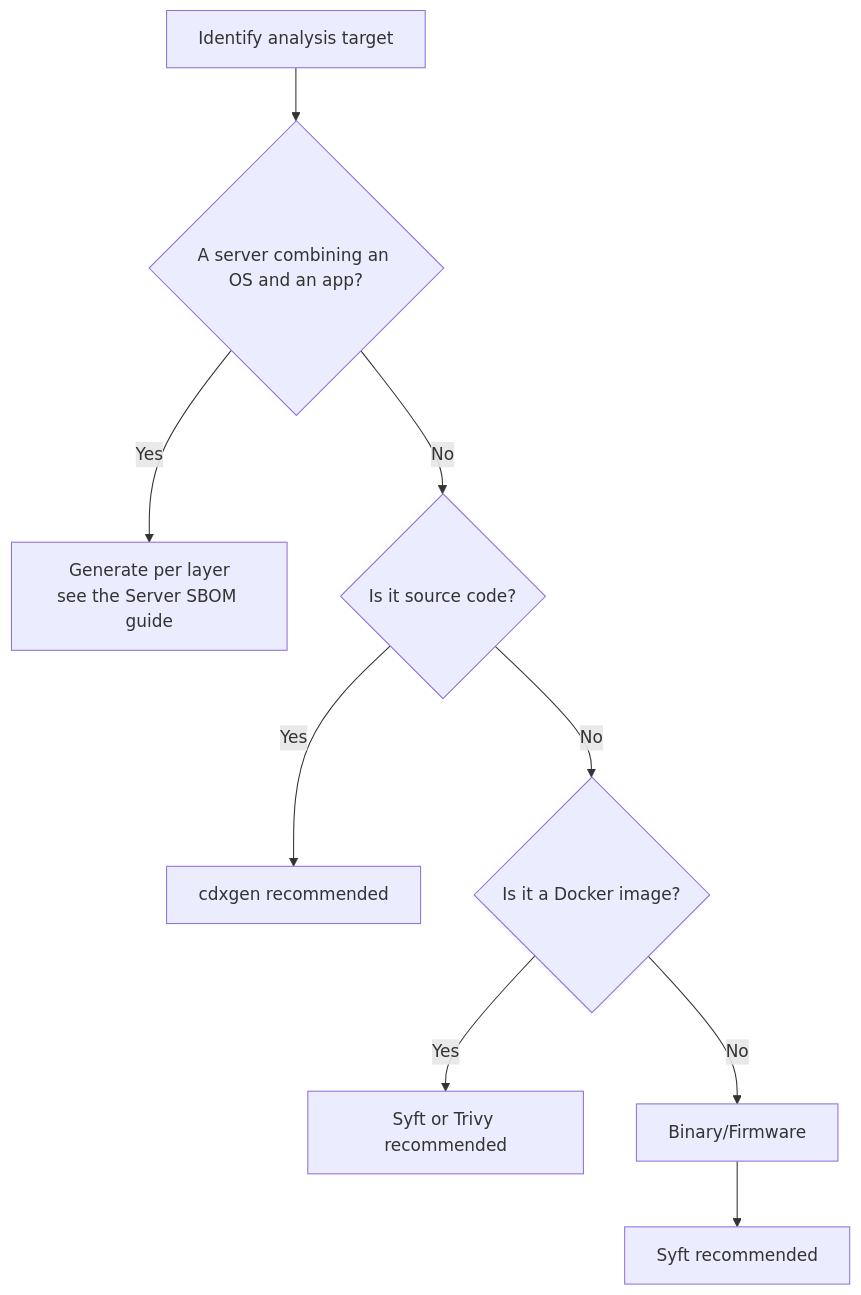
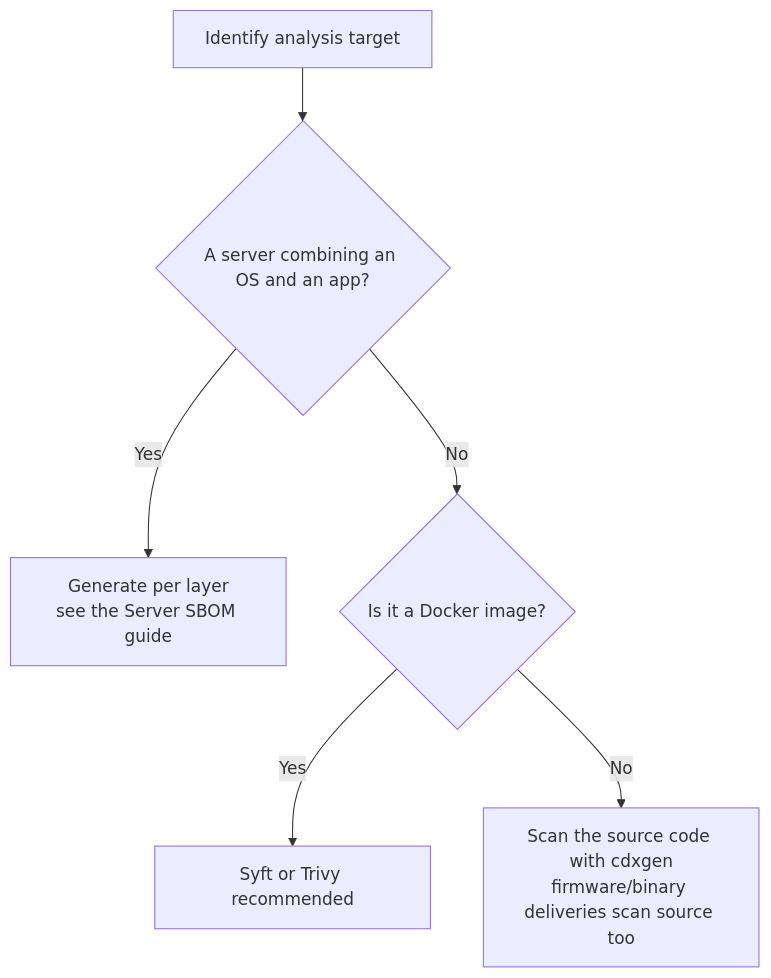
One commit to sktelecom/sktelecom.github.io changed the diagram in content/en/guide/supply-chain/for-suppliers/creation-guide/_index.md. Above: the diagram before and after it, drawn with Mermaid. The commit also changed other lines of this file and 1 other file, not shown here.

Commit message:
docs(supply-chain): route firmware/binary deliveries to source-code scanning, not Syft

````diff
--- a/content/en/guide/supply-chain/for-suppliers/creation-guide/_index.md
+++ b/content/en/guide/supply-chain/for-suppliers/creation-guide/_index.md
@@ -14,11 +14,8 @@
 ```mermaid
 graph TD
     A[Identify analysis target] --> S{A server combining an OS and an app?}
     S -- Yes --> T[Generate per layer<br>see the Server SBOM guide]
-    S -- No --> B{Is it source code?}
-    B -- Yes --> C[cdxgen recommended]
-    B -- No --> D{Is it a Docker image?}
+    S -- No --> D{Is it a Docker image?}
     D -- Yes --> E[Syft or Trivy recommended]
-    D -- No --> F[Binary/Firmware]
-    F --> G[Syft recommended]
+    D -- No --> C[Scan the source code with cdxgen<br>firmware/binary deliveries scan source too]
 ```
````
